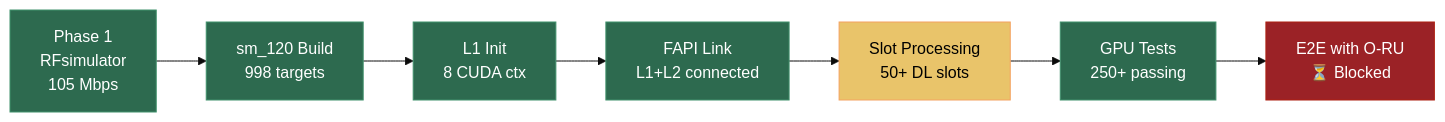
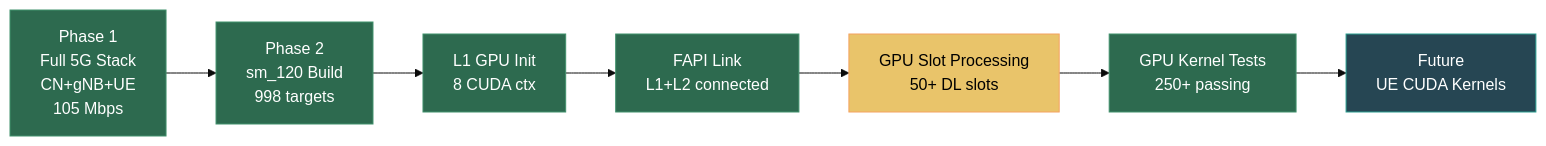
The first of 9 diagrams in OAI_5G_GB10_Project_Report.md (AnttiTMTK/Documents), drawn with Mermaid (base theme) before and after one commit. The commit also changed other lines of this file and 1 other file, not shown here.

````diff
--- a/OAI_5G_GB10_Project_Report.md
+++ b/OAI_5G_GB10_Project_Report.md
@@ -29,17 +34,17 @@
 ```mermaid
 graph LR
-    P1["Phase 1<br/>RFsimulator<br/>105 Mbps"] --> P2A["sm_120 Build<br/>998 targets"]
-    P2A --> P2B["L1 Init<br/>8 CUDA ctx"]
+    P1["Phase 1<br/>Full 5G Stack<br/>CN+gNB+UE<br/>105 Mbps"] --> P2A["Phase 2<br/>sm_120 Build<br/>998 targets"]
+    P2A --> P2B["L1 GPU Init<br/>8 CUDA ctx"]
     P2B --> P2C["FAPI Link<br/>L1+L2 connected"]
-    P2C --> P2D["Slot Processing<br/>50+ DL slots"]
-    P2D --> P2E["GPU Tests<br/>250+ passing"]
-    P2E --> P3["E2E with O-RU<br/>⏳ Blocked"]
+    P2C --> P2D["GPU Slot Processing<br/>50+ DL slots"]
+    P2D --> P2E["GPU Kernel Tests<br/>250+ passing"]
+    P2E --> P3["Future<br/>UE CUDA Kernels"]
 
     style P1 fill:#2d6a4f,stroke:#40916c,color:#fff
     style P2A fill:#2d6a4f,stroke:#40916c,color:#fff
     style P2B fill:#2d6a4f,stroke:#40916c,color:#fff
     style P2C fill:#2d6a4f,stroke:#40916c,color:#fff
     style P2D fill:#e9c46a,stroke:#f4a261,color:#000
     style P2E fill:#2d6a4f,stroke:#40916c,color:#fff
-    style P3 fill:#9b2226,stroke:#ae2012,color:#fff
+    style P3 fill:#264653,stroke:#2a9d8f,color:#fff
 ```
````
